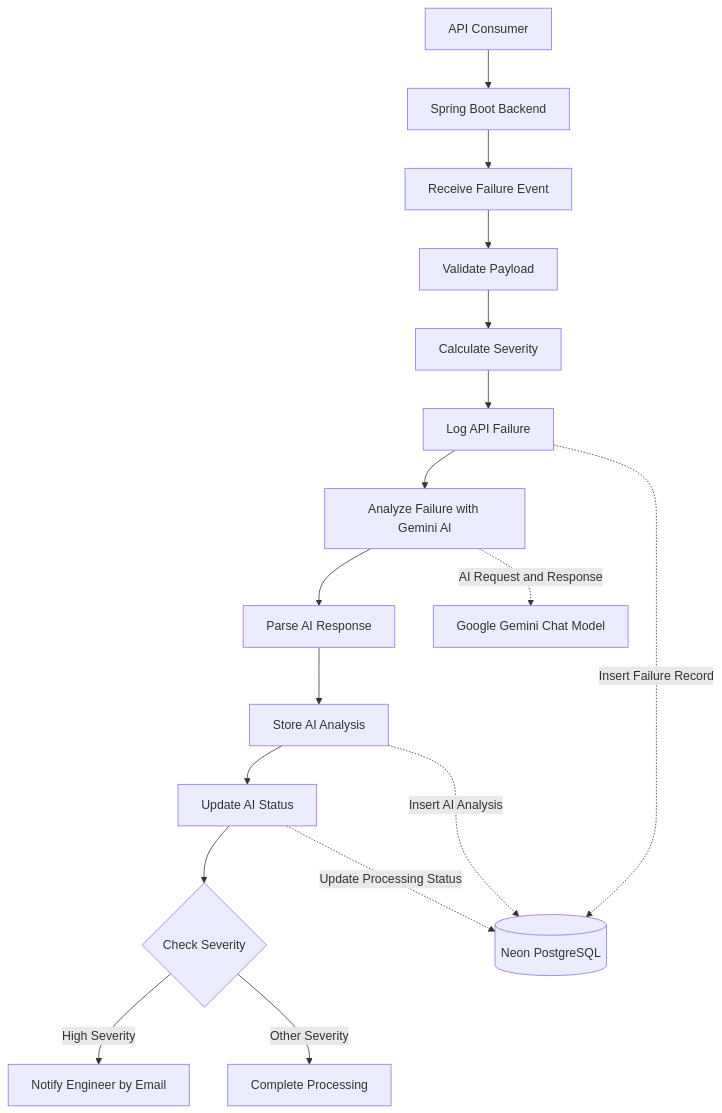
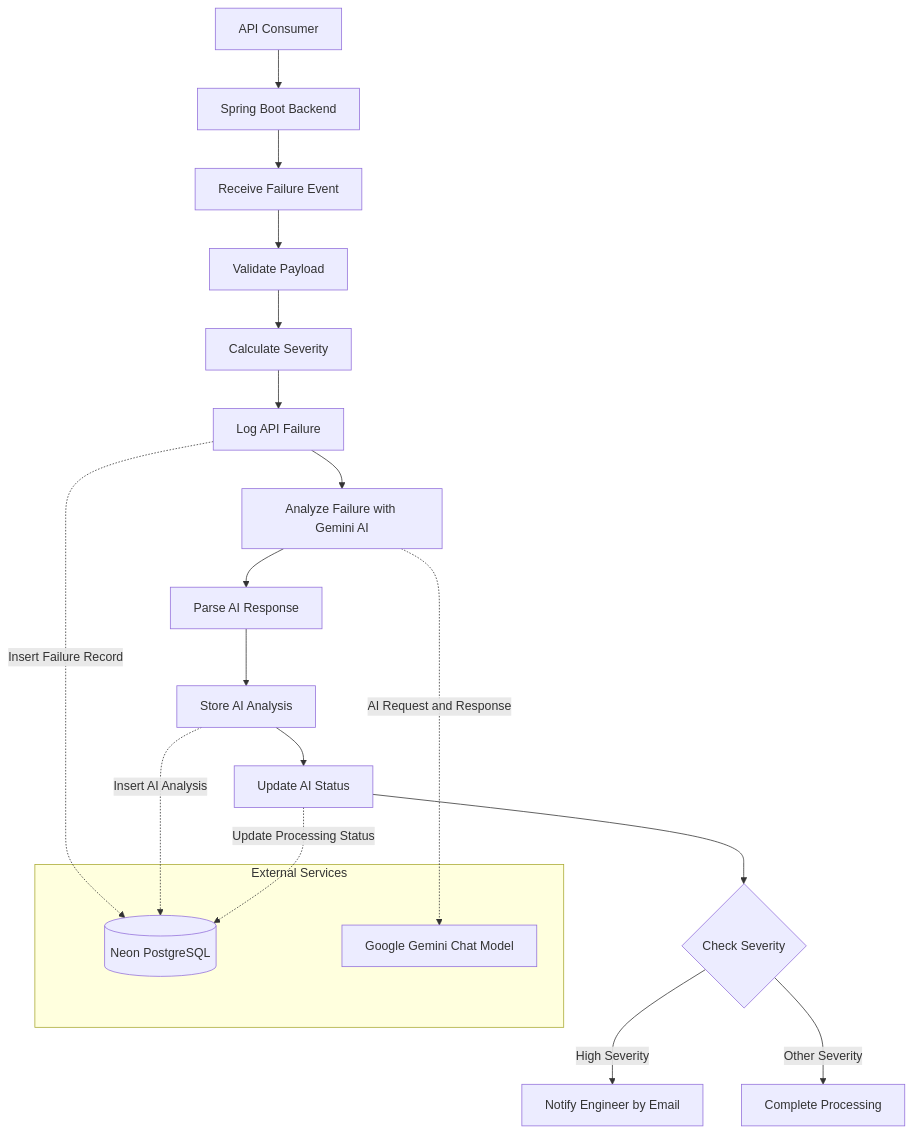
Before and after one commit to FarhaSerinNaaz/DevStream: the diagram in docs/phase2/architecture.md, drawn with Mermaid. The commit also changed other lines of this file, not shown here.

Commit message:
Revise architecture.md for clarity and detail
Updated architecture documentation to clarify external services and request processing lifecycle.

````diff
--- a/docs/phase2/architecture.md
+++ b/docs/phase2/architecture.md
@@ -39,22 +39,27 @@
 ```mermaid
 flowchart TB
     A[API Consumer] --> B[Spring Boot Backend]
     B --> C[Receive Failure Event]
     C --> D[Validate Payload]
     D --> E[Calculate Severity]
     E --> F[Log API Failure]
     F --> G[Analyze Failure with Gemini AI]
     G --> H[Parse AI Response]
     H --> I[Store AI Analysis]
     I --> J[Update AI Status]
     J --> K{Check Severity}
 
     K -->|High Severity| L[Notify Engineer by Email]
     K -->|Other Severity| M[Complete Processing]
 
-    F -. Insert Failure Record .-> N[(Neon PostgreSQL)]
+    subgraph External Services
+        N[(Neon PostgreSQL)]
+        O[Google Gemini Chat Model]
+    end
+
+    F -. Insert Failure Record .-> N
     I -. Insert AI Analysis .-> N
     J -. Update Processing Status .-> N
 
-    G -. AI Request and Response .-> O[Google Gemini Chat Model]
+    G -. AI Request and Response .-> O
 ```
````
